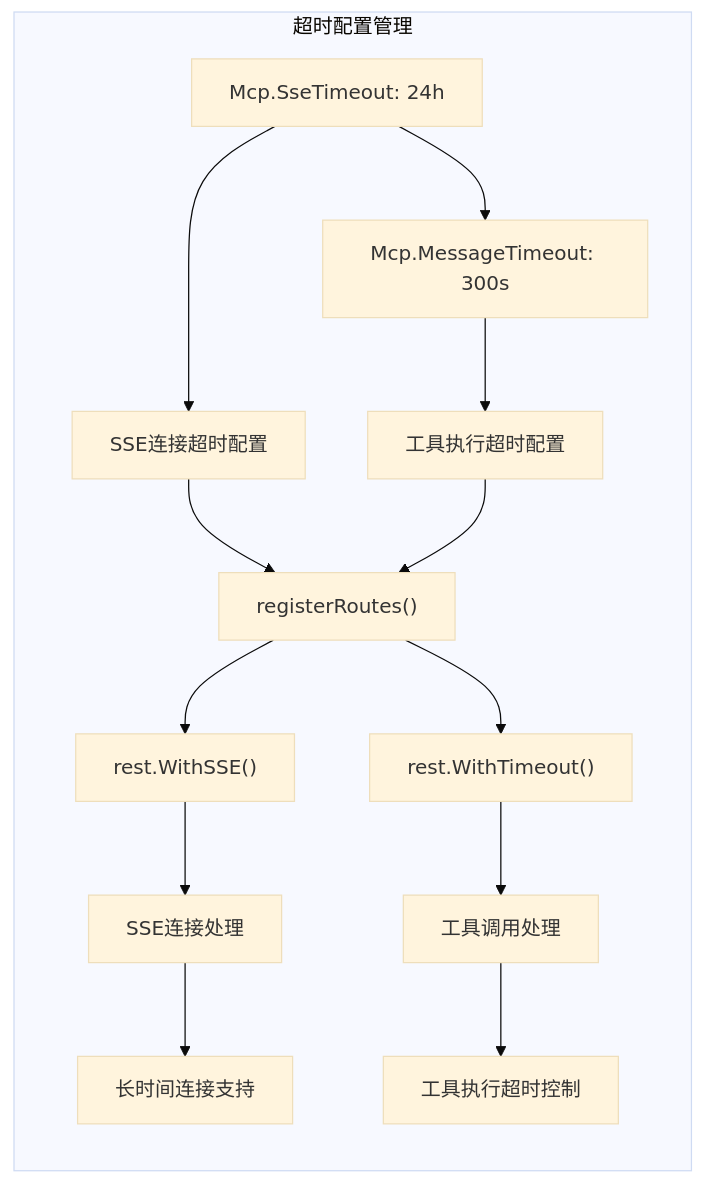
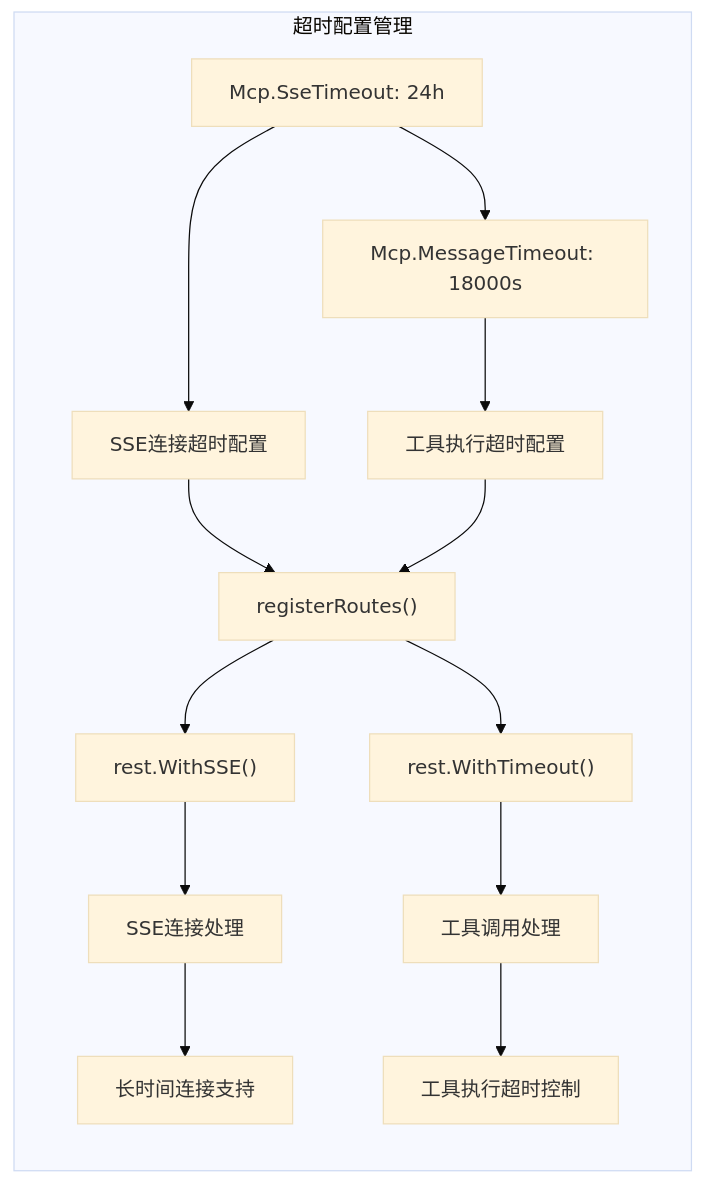
Before and after one commit to maomao94/zero-service: the sixth of 17 diagrams in .qoder/repowiki/zh/content/AI应用模块/MCP服务器.md, drawn with Mermaid (base theme). The commit also changed other lines of this file and 58 other files, not shown here.

````diff
--- a/.qoder/repowiki/zh/content/AI应用模块/MCP服务器.md
+++ b/.qoder/repowiki/zh/content/AI应用模块/MCP服务器.md
@@ -421,16 +400,16 @@
 ```mermaid
 graph LR
 subgraph "超时配置管理"
 A["Mcp.SseTimeout: 24h"] --> B["SSE连接超时配置"]
-A --> C["Mcp.MessageTimeout: 300s"]
+A --> C["Mcp.MessageTimeout: 18000s"]
 C --> D["工具执行超时配置"]
 B --> E["registerRoutes()"]
 D --> E
 E --> F["rest.WithSSE()"]
 E --> G["rest.WithTimeout()"]
 F --> H["SSE连接处理"]
 G --> I["工具调用处理"]
 H --> J["长时间连接支持"]
 I --> K["工具执行超时控制"]
 end
 ```
````
